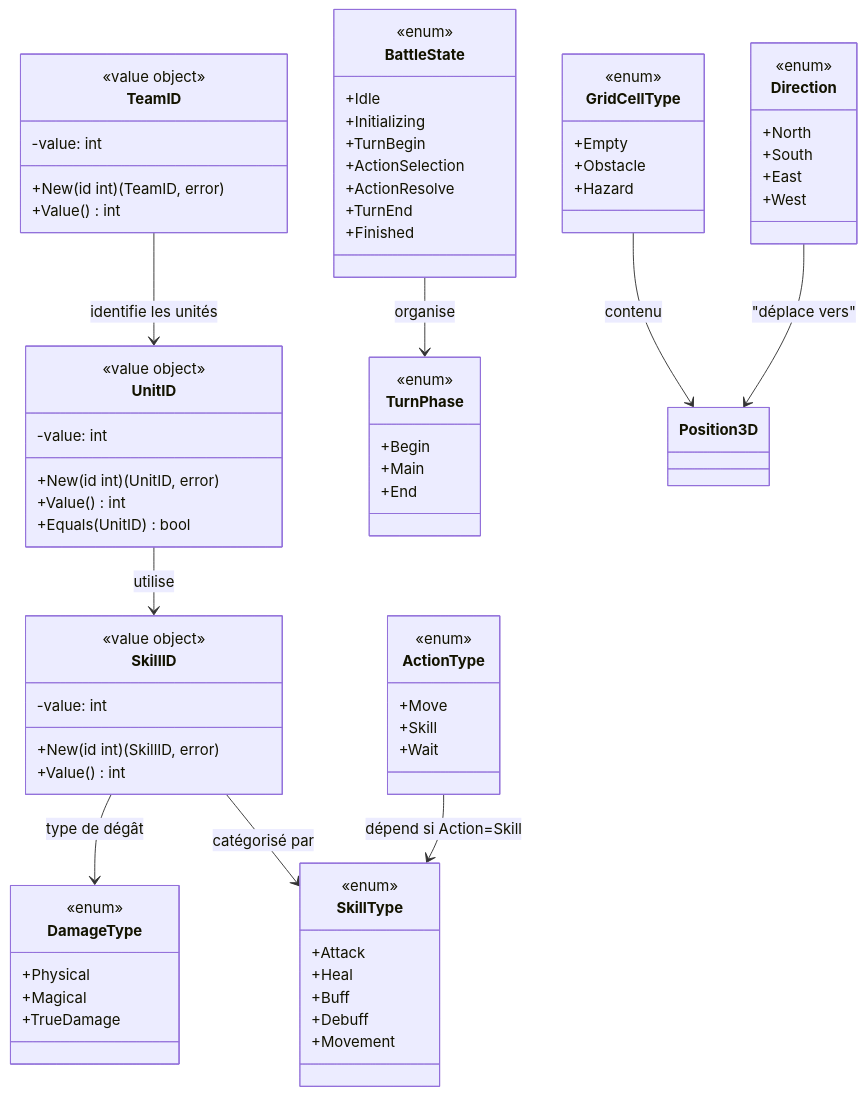
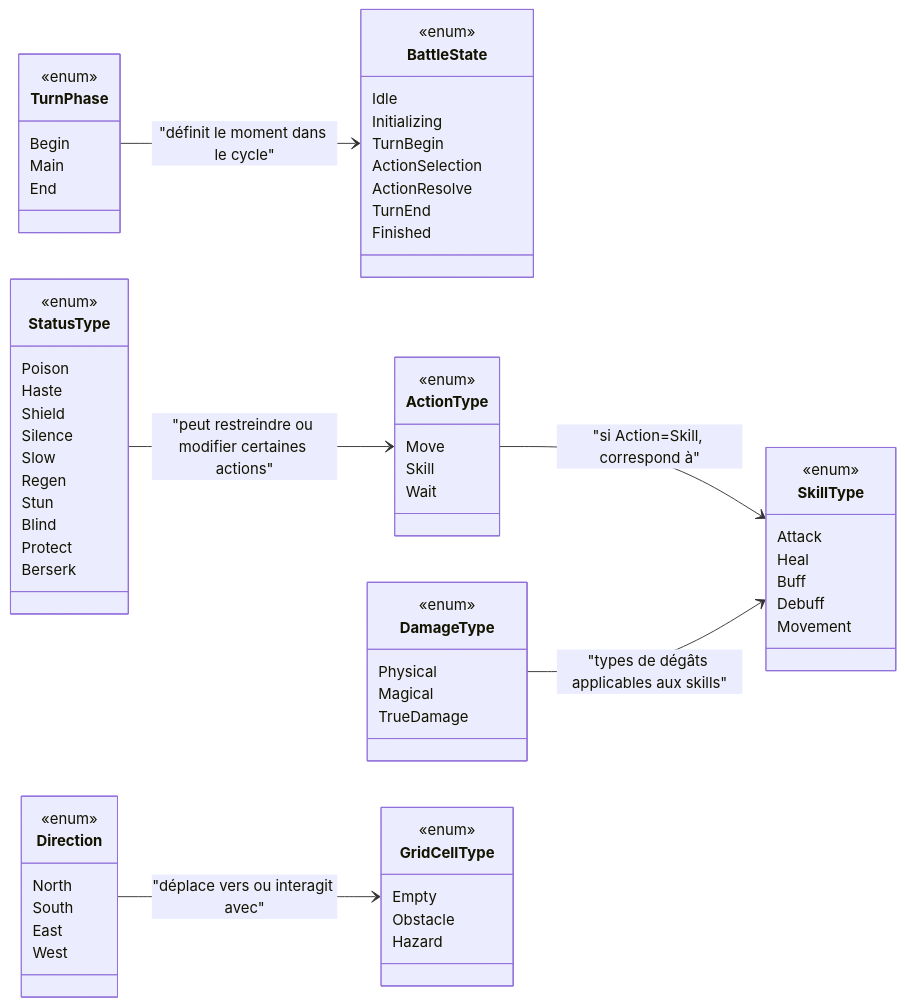
Before and after one commit to Gaetan1303/Aether-Engine: the diagram in doc/diagramme de classe/diagramme de classe des enums.md, drawn with Mermaid. The commit also changed 5 other files, not shown here.

Commit message:
correction des mermaid et state machine

````diff
--- a/doc/diagramme de classe/diagramme de classe des enums.md
+++ b/doc/diagramme de classe/diagramme de classe des enums.md
@@ -1,101 +1,90 @@
 ```mermaid
+classDiagram
+direction LR
 
-classDiagram
-
-%% ===========================
-%% ENUMS / VALUE OBJECT ENUM-LIKE
-%% ===========================
+%% =========================
+%% ENUMS DU DOMAINE
+%% =========================
 
 class BattleState {
     <<enum>>
-    +Idle
-    +Initializing
-    +TurnBegin
-    +ActionSelection
-    +ActionResolve
-    +TurnEnd
-    +Finished
+    Idle
+    Initializing
+    TurnBegin
+    ActionSelection
+    ActionResolve
+    TurnEnd
+    Finished
 }
 
-class TeamID {
-    <<value object>>
-    -value: int
-    +New(id int) (TeamID, error)
-    +Value() int
+class TurnPhase {
+    <<enum>>
+    Begin
+    Main
+    End
 }
 
-class UnitID {
-    <<value object>>
-    -value: int
-    +New(id int) (UnitID, error)
-    +Value() int
-    +Equals(UnitID) bool
+class ActionType {
+    <<enum>>
+    Move
+    Skill
+    Wait
 }
 
-class SkillID {
-    <<value object>>
-    -value: int
-    +New(id int) (SkillID, error)
-    +Value() int
+class SkillType {
+    <<enum>>
+    Attack
+    Heal
+    Buff
+    Debuff
+    Movement
 }
 
 class DamageType {
     <<enum>>
-    +Physical
-    +Magical
-    +TrueDamage
-}
-
-class SkillType {
-    <<enum>>
-    +Attack
-    +Heal
-    +Buff
-    +Debuff
-    +Movement
+    Physical
+    Magical
+    TrueDamage
 }
 
 class Direction {
     <<enum>>
-    +North
-    +South
-    +East
-    +West
-}
-
-class ActionType {
-    <<enum>>
-    +Move
-    +Skill
-    +Wait
-}
-
-class TurnPhase {
-    <<enum>>
-    +Begin
-    +Main
-    +End
+    North
+    South
+    East
+    West
 }
 
 class GridCellType {
     <<enum>>
-    +Empty
-    +Obstacle
-    +Hazard
+    Empty
+    Obstacle
+    Hazard
 }
 
-%% ===========================
-%% RELATIONS
-%% ===========================
+class StatusType {
+    <<enum>>
+    Poison
+    Haste
+    Shield
+    Silence
+    Slow
+    Regen
+    Stun
+    Blind
+    Protect
+    Berserk
+}
 
-TeamID --> UnitID : identifie les unités
-UnitID --> SkillID : utilise
-SkillID --> SkillType : catégorisé par
-SkillID --> DamageType : type de dégât
+%% =========================
+%% RELATIONS CONCEPTUELLES ENTRE ENUMS
+%% =========================
 
-BattleState --> TurnPhase : organise
-ActionType --> SkillType : dépend si Action=Skill
+ActionType --> SkillType : "si Action=Skill, correspond à"
+TurnPhase --> BattleState : "définit le moment dans le cycle"
+DamageType --> SkillType : "types de dégâts applicables aux skills"
+StatusType --> ActionType : "peut restreindre ou modifier certaines actions"
+Direction --> GridCellType : "déplace vers ou interagit avec"
 
-Direction --> Position3D : "déplace vers"
-GridCellType --> Position3D : contenu
+
 ```
````
